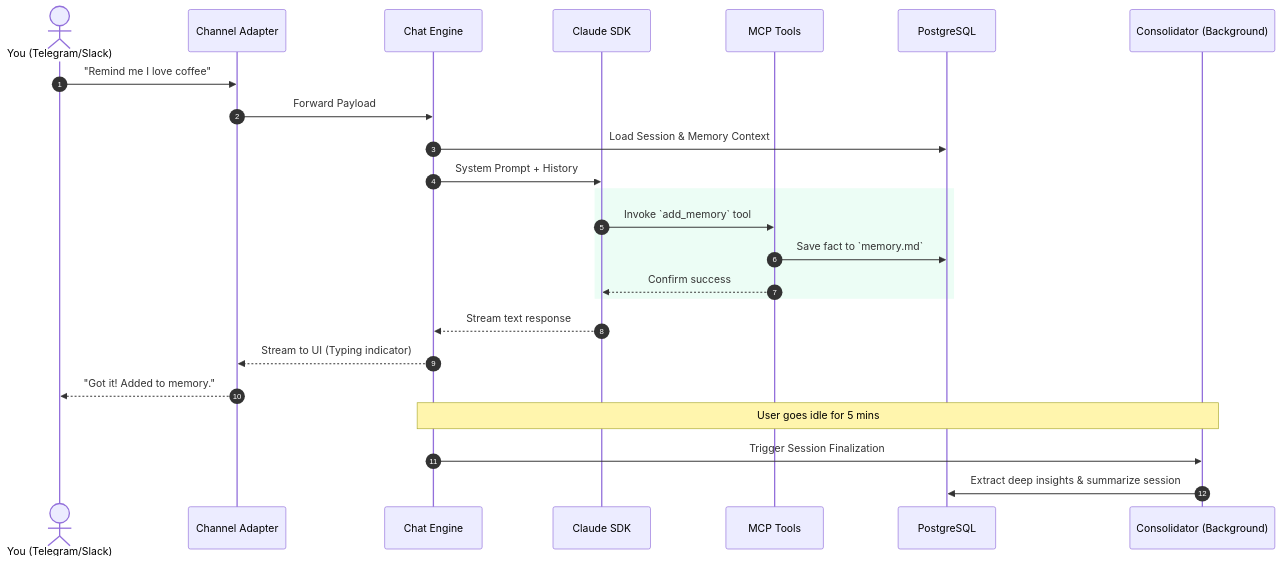
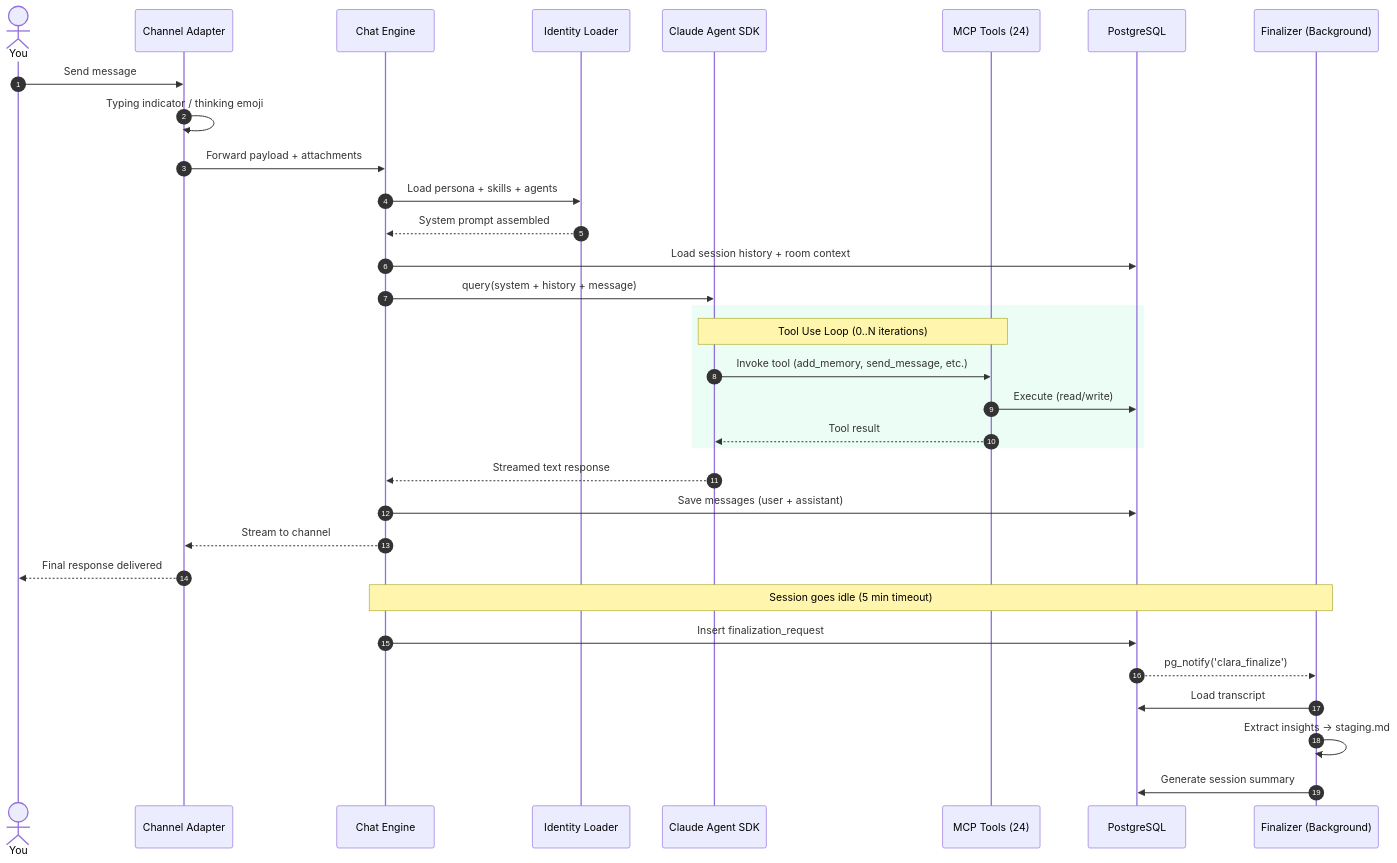
One commit to DevChiniwala/HeyClara changed the second of 7 diagrams in README.md. Above: the diagram before and after it, drawn with Mermaid. The commit also changed other lines of this file and 2 other files, not shown here.

First line of the commit message:
docs: comprehensive README rewrite with SVG architecture diagrams

````diff
--- a/README.md
+++ b/README.md
@@ -93,30 +133,39 @@
 ```mermaid
 sequenceDiagram
     autonumber
-    actor User as You (Telegram/Slack)
-    participant Channel as Channel Adapter
-    participant Engine as Chat Engine
-    participant Claude as Claude SDK
-    participant Tools as MCP Tools
+    actor User as You
+    participant Ch as Channel Adapter
+    participant Eng as Chat Engine
+    participant Id as Identity Loader
+    participant SDK as Claude Agent SDK
+    participant Tools as MCP Tools (24)
     participant DB as PostgreSQL
-    participant Memory as Consolidator (Background)
+    participant Mem as Finalizer (Background)
 
-    User->>Channel: "Remind me I love coffee"
-    Channel->>Engine: Forward Payload
-    Engine->>DB: Load Session & Memory Context
-    Engine->>Claude: System Prompt + History
-    
+    User->>Ch: Send message
+    Ch->>Ch: Typing indicator / thinking emoji
+    Ch->>Eng: Forward payload + attachments
+    Eng->>Id: Load persona + skills + agents
+    Id-->>Eng: System prompt assembled
+    Eng->>DB: Load session history + room context
+    Eng->>SDK: query(system + history + message)
+
     rect rgb(236, 253, 245)
-        Claude->>Tools: Invoke `add_memory` tool
-        Tools->>DB: Save fact to `memory.md`
-        Tools-->>Claude: Confirm success
+        Note over SDK,Tools: Tool Use Loop (0..N iterations)
+        SDK->>Tools: Invoke tool (add_memory, send_message, etc.)
+        Tools->>DB: Execute (read/write)
+        Tools-->>SDK: Tool result
     end
-    
-    Claude-->>Engine: Stream text response
-    Engine-->>Channel: Stream to UI (Typing indicator)
-    Channel-->>User: "Got it! Added to memory."
-    
-    Note over Engine, Memory: User goes idle for 5 mins
-    Engine->>Memory: Trigger Session Finalization
-    Memory->>DB: Extract deep insights & summarize session
+
+    SDK-->>Eng: Streamed text response
+    Eng->>DB: Save messages (user + assistant)
+    Eng-->>Ch: Stream to channel
+    Ch-->>User: Final response delivered
+
+    Note over Eng,Mem: Session goes idle (5 min timeout)
+    Eng->>DB: Insert finalization_request
+    DB-->>Mem: pg_notify('clara_finalize')
+    Mem->>DB: Load transcript
+    Mem->>Mem: Extract insights → staging.md
+    Mem->>DB: Generate session summary
 ```
````
